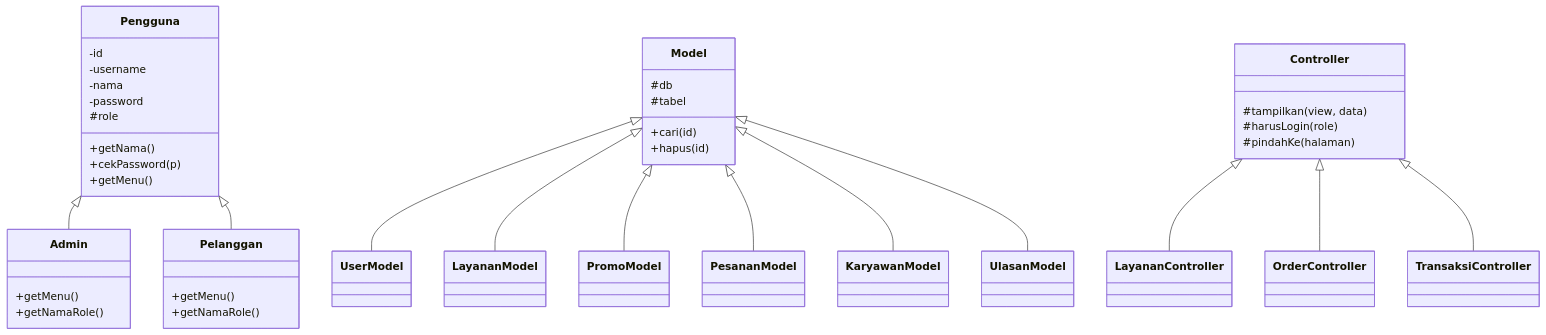
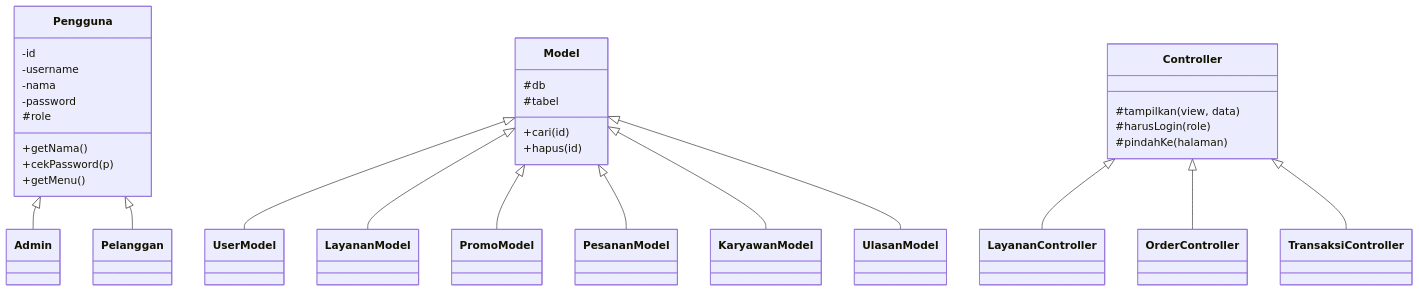
The second of 3 diagrams in README.md (aqillanauval/Golaundry-FIXX), drawn with Mermaid before and after one commit. The commit also changed other lines of this file and 55 other files, not shown here.

````diff
--- a/README.md
+++ b/README.md
@@ -130,41 +124,37 @@
 ```mermaid
 classDiagram
     class Pengguna {
         -id
         -username
         -nama
         -password
         #role
         +getNama()
         +cekPassword(p)
         +getMenu()
     }
     Pengguna <|-- Admin
     Pengguna <|-- Pelanggan
-    Admin : +getMenu()
-    Admin : +getNamaRole()
-    Pelanggan : +getMenu()
-    Pelanggan : +getNamaRole()
 
     class Model {
         #db
         #tabel
         +cari(id)
         +hapus(id)
     }
     Model <|-- UserModel
     Model <|-- LayananModel
     Model <|-- PromoModel
     Model <|-- PesananModel
     Model <|-- KaryawanModel
     Model <|-- UlasanModel
 
     class Controller {
         #tampilkan(view, data)
         #harusLogin(role)
         #pindahKe(halaman)
     }
     Controller <|-- LayananController
     Controller <|-- OrderController
     Controller <|-- TransaksiController
 ```
````
